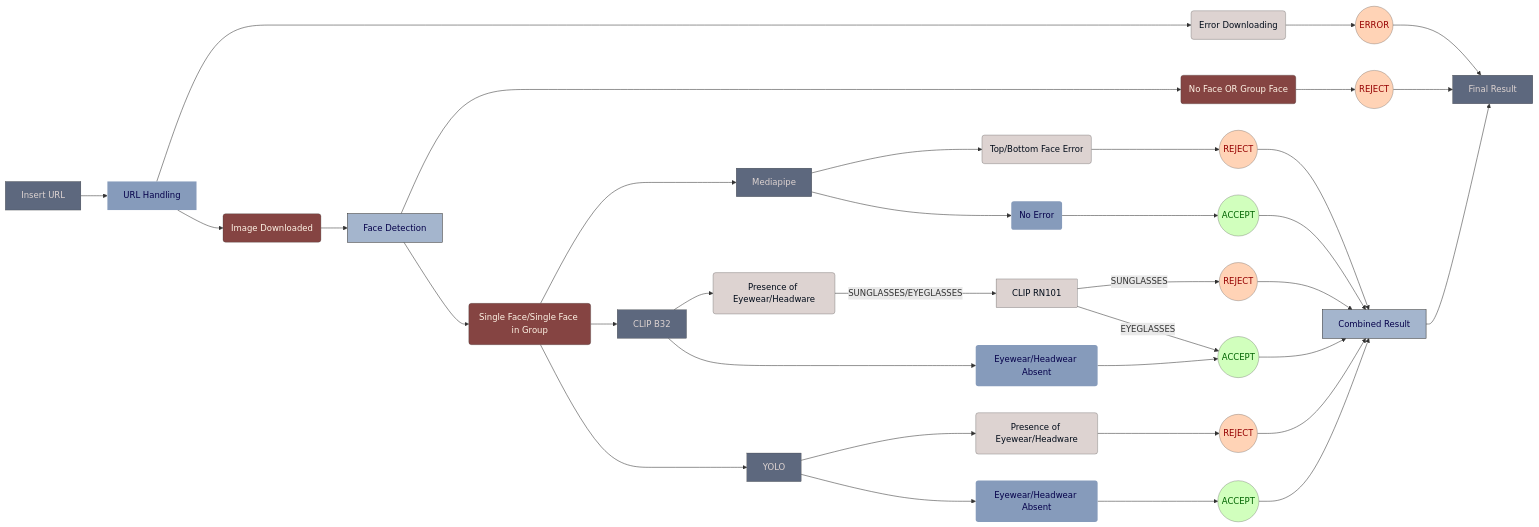
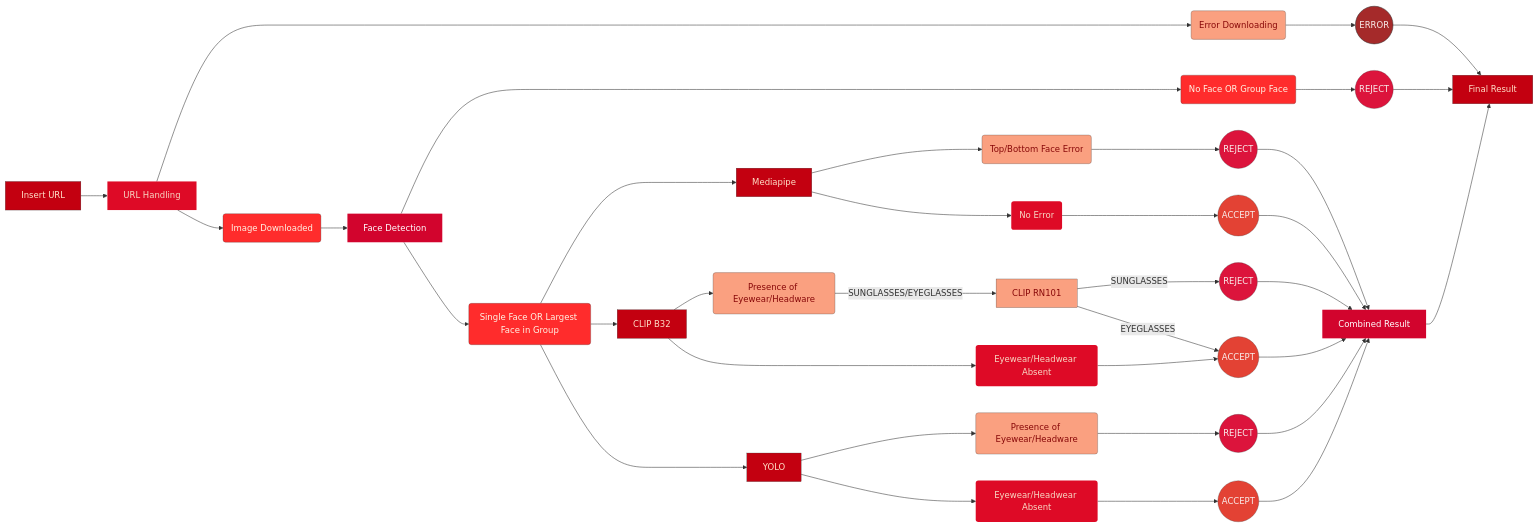
One commit to AbhigyanSen/ABP changed the diagram in ProfileModeration/Version8/readme.md. Above: the diagram before and after it, drawn with Mermaid.

````diff
--- a/ProfileModeration/Version8/readme.md
+++ b/ProfileModeration/Version8/readme.md
@@ -16,59 +16,59 @@
 ```mermaid
 graph LR
 A[Insert URL] --> B[URL Handling]
 B --> BA(Image Downloaded) & BB(Error Downloading)
 BB --> BC((ERROR)) --> H
 BA --> C[Face Detection]
-C --> CA(No Face OR Group Face) & CB(Single Face/Single Face in Group)
+C --> CA(No Face OR Group Face) & CB(Single Face OR Largest Face in Group)
 CA --> CC((REJECT)) --> H
 CB --> D[Mediapipe]
 D --> DA(Top/Bottom Face Error) & DB(No Error)
 DA --> DC((REJECT)) --> G
 DB --> DD((ACCEPT)) --> G
 CB --> E[CLIP B32]
 E --> EA(Presence of Eyewear/Headware) & EB(Eyewear/Headwear Absent)
 EA -- SUNGLASSES/EYEGLASSES --> EE[CLIP RN101] 
 EC((REJECT))
 EE -- SUNGLASSES --> EC --> G
 EE -- EYEGLASSES --> ED
 EB --> ED((ACCEPT)) --> G
 CB --> F[YOLO]
 F --> FA(Presence of Eyewear/Headware) & FB(Eyewear/Headwear Absent)
 FA --> FC((REJECT)) --> G
 FB --> FD((ACCEPT)) --> G
 G[Combined Result] --> H
 H[Final Result]
 
-style A fill:#5d687e,stroke:#333,stroke-width:0.5px,color:#ddd3d1
-style D fill:#5d687e,stroke:#333,stroke-width:0.5px,color:#ddd3d1
-style E fill:#5d687e,stroke:#333,stroke-width:0.5px,color:#ddd3d1
-style F fill:#5d687e,stroke:#333,stroke-width:0.5px,color:#ddd3d1
-style H fill:#5d687e,stroke:#333,stroke-width:0.5px,color:#ddd3d1
+style A fill:#c30010,stroke:#333,stroke-width:0.5px,color:#FFDFC8
+style D fill:#c30010,stroke:#333,stroke-width:0.5px,color:#FFDFC8
+style E fill:#c30010,stroke:#333,stroke-width:0.5px,color:#FFDFC8
+style F fill:#c30010,stroke:#333,stroke-width:0.5px,color:#FFDFC8
+style H fill:#c30010,stroke:#333,stroke-width:0.5px,color:#FFDFC8
 
-style B fill:#869bbb,stroke:#333,stroke-width:0px,color:#05014a
-style BB fill:#ddd3d1,stroke:#333,stroke-width:0.5px,color:#010b19
-style DA fill:#ddd3d1,stroke:#333,stroke-width:0.5px,color:#010b19
-style DB fill:#869bbb,stroke:#333,stroke-width:0px,color:#05014a
-style EA fill:#ddd3d1,stroke:#333,stroke-width:0.5px,color:#010b19
-style EE fill:#ddd3d1,stroke:#333,stroke-width:0.5px,color:#010b19
-style EB fill:#869bbb,stroke:#333,stroke-width:0px,color:#05014a
-style FA fill:#ddd3d1,stroke:#333,stroke-width:0.5px,color:#010b19
-style FB fill:#869bbb,stroke:#333,stroke-width:0px,color:#05014a
+style B fill:#de0a26,stroke:#333,stroke-width:0px,color:#F7D9C4
+style BB fill:#FAA080,stroke:#333,stroke-width:0.5px,color:#880808
+style DA fill:#FAA080,stroke:#333,stroke-width:0.5px,color:#880808
+style DB fill:#de0a26,stroke:#333,stroke-width:0px,color:#F7D9C4
+style EA fill:#FAA080,stroke:#333,stroke-width:0.5px,color:#880808
+style EE fill:#FAA080,stroke:#333,stroke-width:0.5px,color:#880808
+style EB fill:#de0a26,stroke:#333,stroke-width:0px,color:#F7D9C4
+style FA fill:#FAA080,stroke:#333,stroke-width:0.5px,color:#880808
+style FB fill:#de0a26,stroke:#333,stroke-width:0px,color:#F7D9C4
 
-style G fill:#a4b5cd,stroke:#333,stroke-width:1px,color:#05014a
-style C fill:#a4b5cd,stroke:#333,stroke-width:1px,color:#05014a
+style G fill:#D2042D,stroke:#333,stroke-width:0px,color:#FFFFFF
+style C fill:#D2042D,stroke:#333,stroke-width:0px,color:#FFFFFF
 
-style BC fill:#ffd3b6,stroke:#333,stroke-width:0.5px,color:#960000
-style CC fill:#ffd3b6,stroke:#333,stroke-width:0.5px,color:#960000
-style DC fill:#ffd3b6,stroke:#333,stroke-width:0.5px,color:#960000
-style EC fill:#ffd3b6,stroke:#333,stroke-width:0.5px,color:#960000
-style FC fill:#ffd3b6,stroke:#333,stroke-width:0.5px,color:#960000
+style BC fill:#A52A2A,stroke:#333,stroke-width:1px,color:#F8EDEB
+style CC fill:#DC143C,stroke:#333,stroke-width:0.5px,color:#F8EDEB
+style DC fill:#DC143C,stroke:#333,stroke-width:0.5px,color:#F8EDEB
+style EC fill:#DC143C,stroke:#333,stroke-width:0.5px,color:#F8EDEB
+style FC fill:#DC143C,stroke:#333,stroke-width:0.5px,color:#F8EDEB
 
-style FD fill:#D1FFBD,stroke:#333,stroke-width:0.5px,color:#006400
-style ED fill:#D1FFBD,stroke:#333,stroke-width:0.5px,color:#006400
-style DD fill:#D1FFBD,stroke:#333,stroke-width:0.5px,color:#006400
+style FD fill:#E34234,stroke:#333,stroke-width:0.5px,color:#F8EDEB
+style ED fill:#E34234,stroke:#333,stroke-width:0.5px,color:#F8EDEB
+style DD fill:#E34234,stroke:#333,stroke-width:0.5px,color:#F8EDEB
 
-style BA fill:#854442,stroke:#333,stroke-width:0.5px,color:#fff4e6
-style CB fill:#854442,stroke:#333,stroke-width:0.5px,color:#fff4e6
-style CA fill:#854442,stroke:#333,stroke-width:0.5px,color:#fff4e6
+style BA fill:#ff2c2c,stroke:#333,stroke-width:0.5px,color:#fff4e6
+style CB fill:#ff2c2c,stroke:#333,stroke-width:0.5px,color:#fff4e6
+style CA fill:#ff2c2c,stroke:#333,stroke-width:0.5px,color:#fff4e6
 ```
````
